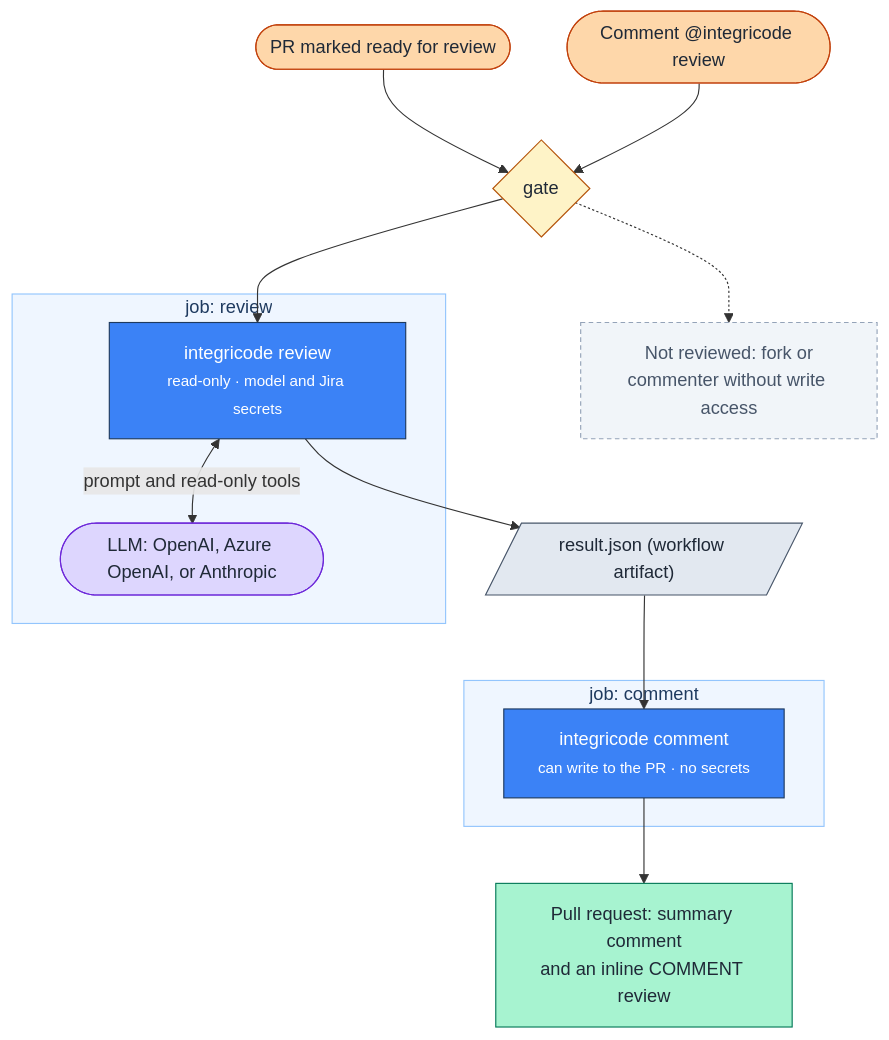
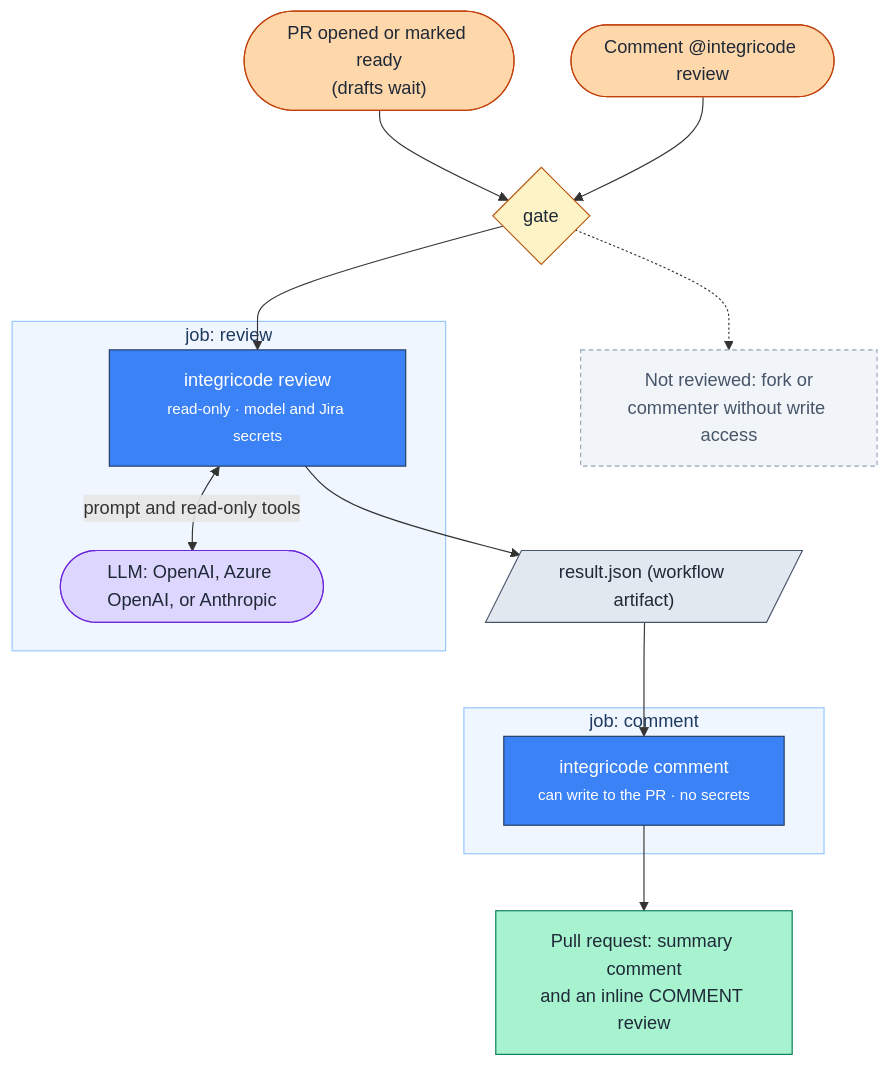
Before and after one commit to GabrielBels/integricode: the diagram in README.md, drawn with Mermaid. The commit also changed other lines of this file and 8 other files, not shown here.

First line of the commit message:
feat(review): let adopters choose the triggers and drafts

````diff
--- a/README.md
+++ b/README.md
@@ -67,37 +67,37 @@
 ```mermaid
 flowchart TB
-    ready(["PR marked ready for review"]):::trigger
+    ready(["PR opened or marked ready<br/>(drafts wait)"]):::trigger
     command(["Comment @integricode review"]):::trigger
     gate{"gate"}:::decision
     skip["Not reviewed: fork or<br/>commenter without write access"]:::muted
 
     subgraph reviewJob["job: review"]
         review["integricode review<br/><small>read-only · model and Jira secrets</small>"]:::step
         llm(["LLM: OpenAI, Azure OpenAI, or Anthropic"]):::ai
         review <-->|"prompt and read-only tools"| llm
     end
 
     artifact[/"result.json (workflow artifact)"/]:::data
 
     subgraph commentJob["job: comment"]
         comment["integricode comment<br/><small>can write to the PR · no secrets</small>"]:::step
     end
 
     pr["Pull request: summary comment<br/>and an inline COMMENT review"]:::output
 
     ready --> gate
     command --> gate
     gate --> review
     gate -.-> skip
     review --> artifact --> comment --> pr
 
     classDef trigger fill:#fed7aa,stroke:#c2410c,color:#1f2937
     classDef decision fill:#fef3c7,stroke:#b45309,color:#1f2937
     classDef step fill:#3b82f6,stroke:#1e3a5f,color:#ffffff
     classDef ai fill:#ddd6fe,stroke:#6d28d9,color:#1f2937
     classDef data fill:#e2e8f0,stroke:#475569,color:#1f2937
     classDef output fill:#a7f3d0,stroke:#047857,color:#1f2937
     classDef muted fill:#f1f5f9,stroke:#94a3b8,color:#475569,stroke-dasharray:4 3
     style reviewJob fill:#eff6ff,stroke:#93c5fd,color:#1e3a5f
     style commentJob fill:#eff6ff,stroke:#93c5fd,color:#1e3a5f
 ```
````
